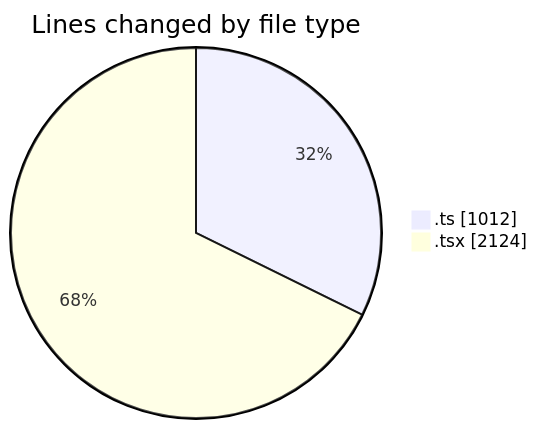
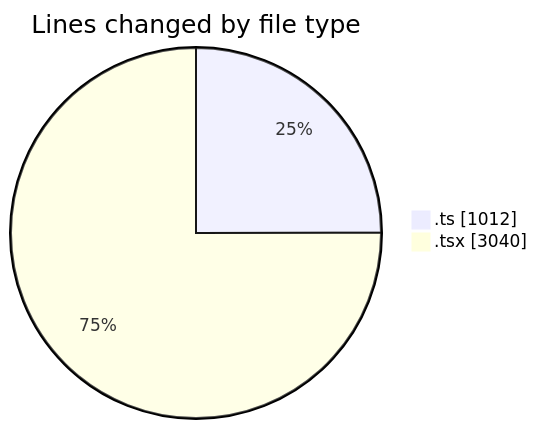
Before and after one commit to nxtqubesakshisongat/code-tracking: the first of 2 diagrams in 2026-05-04/nxtqube_webapp/README.md, drawn with Mermaid. The commit also changed other lines of this file and 1 other file, not shown here.

````diff
--- a/2026-05-04/nxtqube_webapp/README.md
+++ b/2026-05-04/nxtqube_webapp/README.md
@@ -24,6 +24,6 @@
 ```mermaid
 pie showData
 title Lines changed by file type
 ".ts" : 1012
-".tsx" : 2124
+".tsx" : 3040
 ```
````
